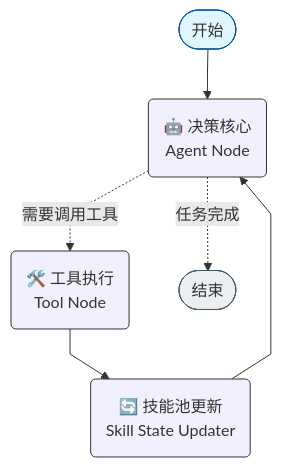
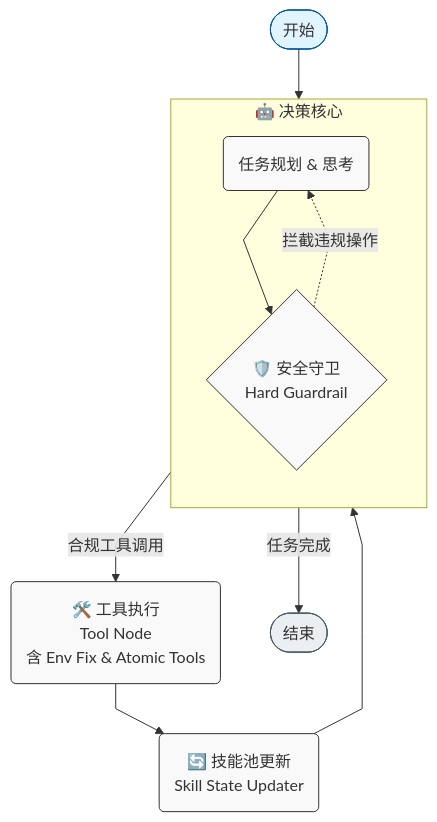
Before and after one commit to ningkegithub/agent-cli: the diagram in README.md, drawn with Mermaid. The commit also changed other lines of this file, not shown here.

Commit message:
docs: update architecture diagram and description in README (v1.1)

````diff
--- a/README.md
+++ b/README.md
@@ -35,23 +35,32 @@
 ```mermaid
 ---
 config:
   flowchart:
     curve: linear
 ---
 graph TD;
-        __start__([开始]):::first
-        agent(🤖 决策核心<br/>Agent Node)
-        tools(🛠️ 工具执行<br/>Tool Node)
-        skill_state_updater(🔄 技能池更新<br/>Skill State Updater)
-        __end__([结束]):::last
+    __start__([开始]):::first
+    
+    subgraph Agent_Core [🤖 决策核心]
+        direction TB
+        Planning(任务规划 & 思考)
+        Guardrail{🛡️ 安全守卫<br/>Hard Guardrail}
+        Planning --> Guardrail
+    end
+    
+    tools(🛠️ 工具执行<br/>Tool Node<br/>含 Env Fix & Atomic Tools)
+    skill_state_updater(🔄 技能池更新<br/>Skill State Updater)
+    __end__([结束]):::last
 
-        __start__ --> agent;
-        agent -.-> |任务完成| __end__;
-        agent -.-> |需要调用工具| tools;
-        tools --> skill_state_updater;
-        skill_state_updater --> agent;
+    __start__ --> Agent_Core
+    Guardrail -->|合规工具调用| tools
+    Guardrail -.->|拦截违规操作| Planning
+    Guardrail -->|任务完成| __end__
+    
+    tools --> skill_state_updater
+    skill_state_updater --> Agent_Core
 
-        classDef default fill:#f2f0ff,stroke:#333,stroke-width:1px;
-        classDef first fill:#e1f5fe,stroke:#01579b;
-        classDef last fill:#eceff1,stroke:#455a64;
+    classDef default fill:#f9f9f9,stroke:#333,stroke-width:1px;
+    classDef first fill:#e1f5fe,stroke:#01579b;
+    classDef last fill:#eceff1,stroke:#455a64;
 ```
````
